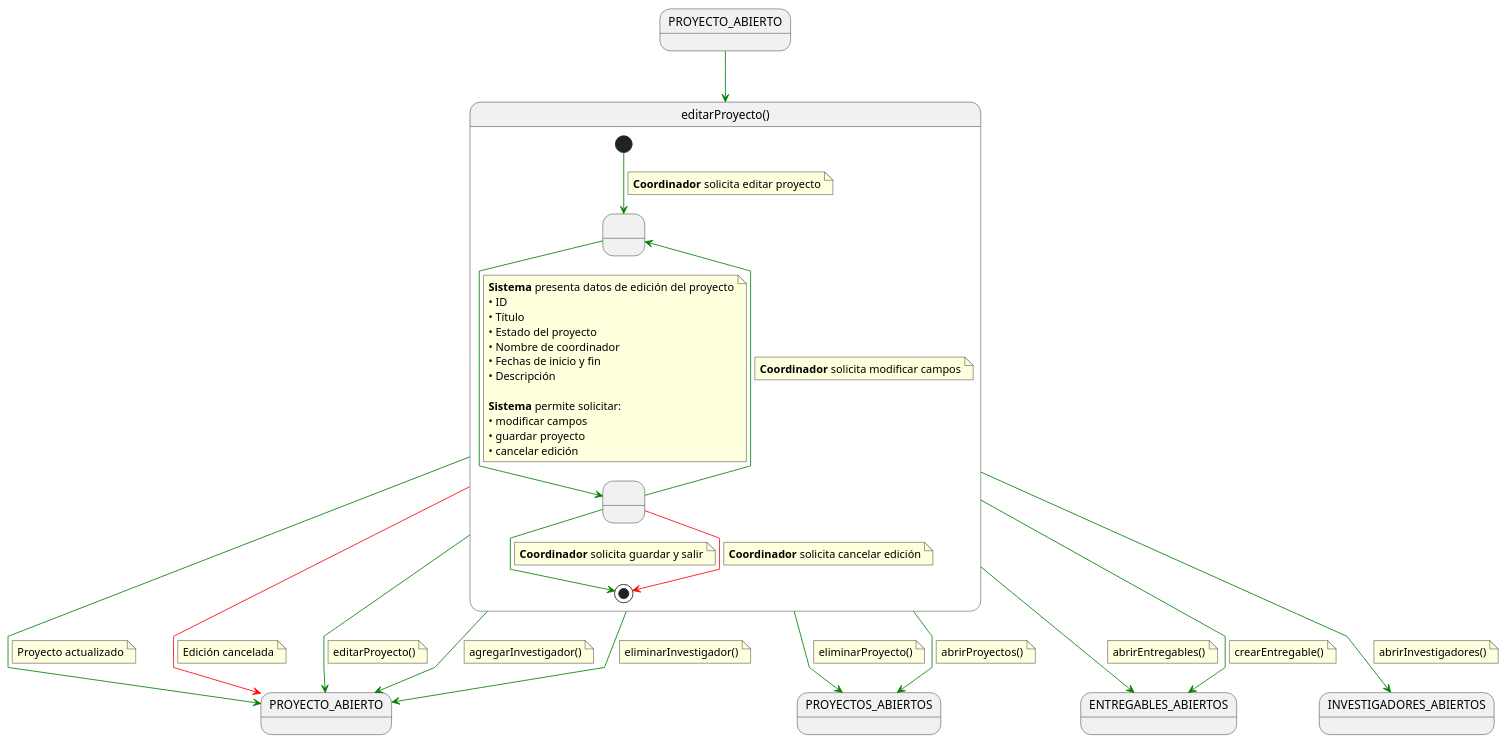
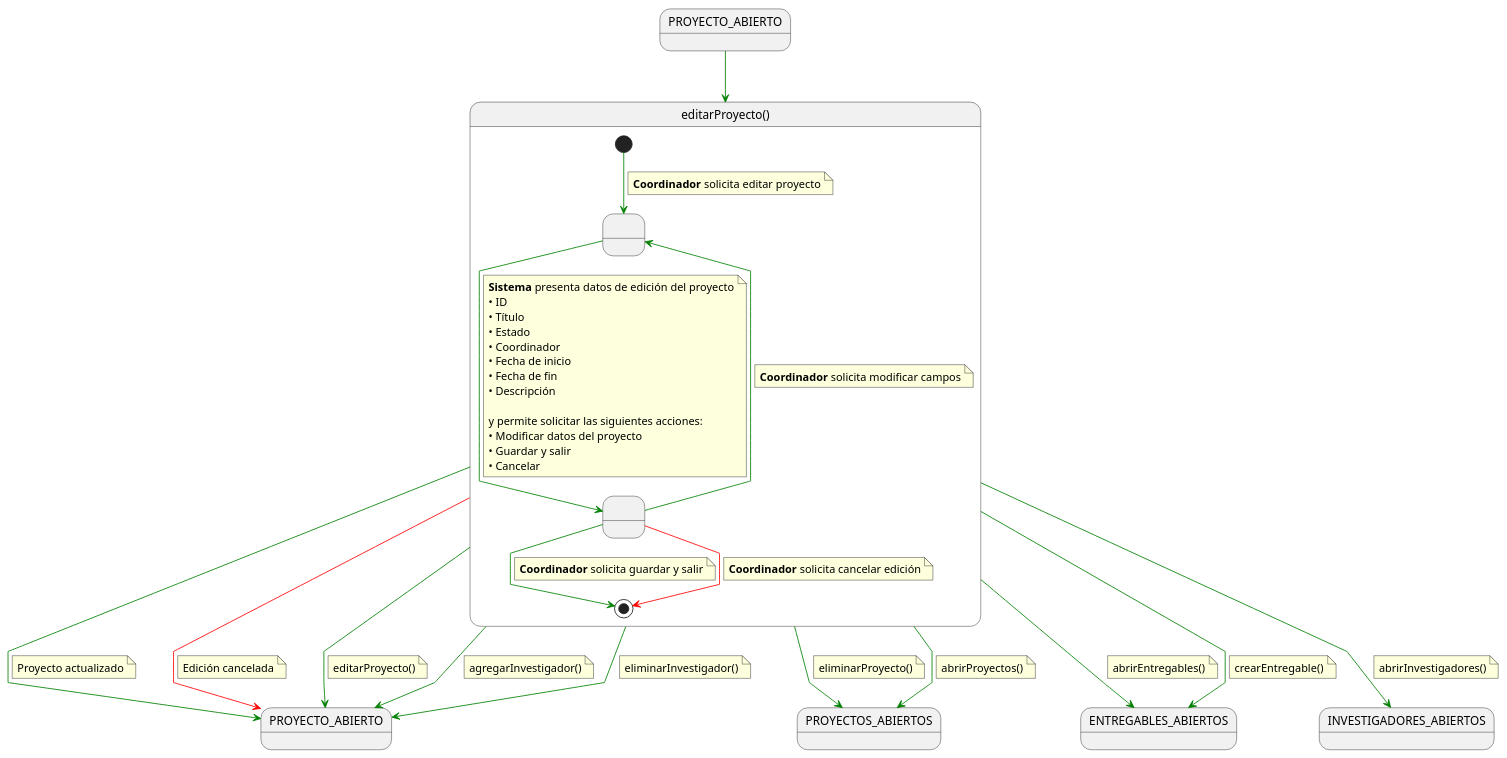
One commit to 31Diego/25-26-IdSw1-SdR changed the diagram in documents/casosDeUso/detalle/coordinador/02-gestion-proyectos/editarProyecto/editarProyecto.puml. Above: the diagram before and after it, drawn with PlantUML. The commit also changed 9 other files, not shown here.

```diff
--- a/documents/casosDeUso/detalle/coordinador/02-gestion-proyectos/editarProyecto/editarProyecto.puml
+++ b/documents/casosDeUso/detalle/coordinador/02-gestion-proyectos/editarProyecto/editarProyecto.puml
@@ -1,99 +1,100 @@
 @startuml editarProyecto
 skinparam linetype polyline
 
 state in1 as "PROYECTO_ABIERTO"
 in1 -[#green]-> editarProyecto
 
 state editarProyecto as "editarProyecto()" {
 
     state " " as EditandoDatos
     state " " as GuardandoDatos
 
     [*] -[#green]-> EditandoDatos
     note on link
     <b>Coordinador</b> solicita editar proyecto
     end note
 
     EditandoDatos -[#green]-> GuardandoDatos
     note on link
     <b>Sistema</b> presenta datos de edición del proyecto
     • ID
     • Título
-    • Estado del proyecto
-    • Nombre de coordinador
-    • Fechas de inicio y fin
+    • Estado
+    • Coordinador
+    • Fecha de inicio
+    • Fecha de fin
     • Descripción
 
-    <b>Sistema</b> permite solicitar:
-    • modificar campos
-    • guardar proyecto
-    • cancelar edición
+    y permite solicitar las siguientes acciones:
+    • Modificar datos del proyecto
+    • Guardar y salir
+    • Cancelar
     end note
 
     GuardandoDatos -[#green]-> EditandoDatos
     note on link
     <b>Coordinador</b> solicita modificar campos
     end note
 
     GuardandoDatos -[#green]-> [*]
     note on link
     <b>Coordinador</b> solicita guardar y salir
     end note
 
     GuardandoDatos -[#red]-> [*]
     note on link
     <b>Coordinador</b> solicita cancelar edición
     end note
 }
 
 editarProyecto -[#green]-> PROYECTO_ABIERTO
 note on link
 Proyecto actualizado
 end note
 
 editarProyecto -[#red]-> PROYECTO_ABIERTO
 note on link
 Edición cancelada
 end note
 
 editarProyecto -[#green]-> PROYECTO_ABIERTO
 note on link
 editarProyecto()
 end note
 
 editarProyecto -[#green]-> PROYECTOS_ABIERTOS
 note on link
 eliminarProyecto()
 end note
 
 editarProyecto -[#green]-> PROYECTO_ABIERTO
 note on link
 agregarInvestigador()
 end note
 
 editarProyecto -[#green]-> PROYECTO_ABIERTO
 note on link
 eliminarInvestigador()
 end note
 
 editarProyecto -[#green]-> ENTREGABLES_ABIERTOS
 note on link
 abrirEntregables()
 end note
 
 editarProyecto -[#green]-> ENTREGABLES_ABIERTOS
 note on link
 crearEntregable()
 end note
 
 editarProyecto -[#green]-> INVESTIGADORES_ABIERTOS
 note on link
 abrirInvestigadores()
 end note
 
 editarProyecto -[#green]-> PROYECTOS_ABIERTOS
 note on link
 abrirProyectos()
 end note
 
 @enduml
```
